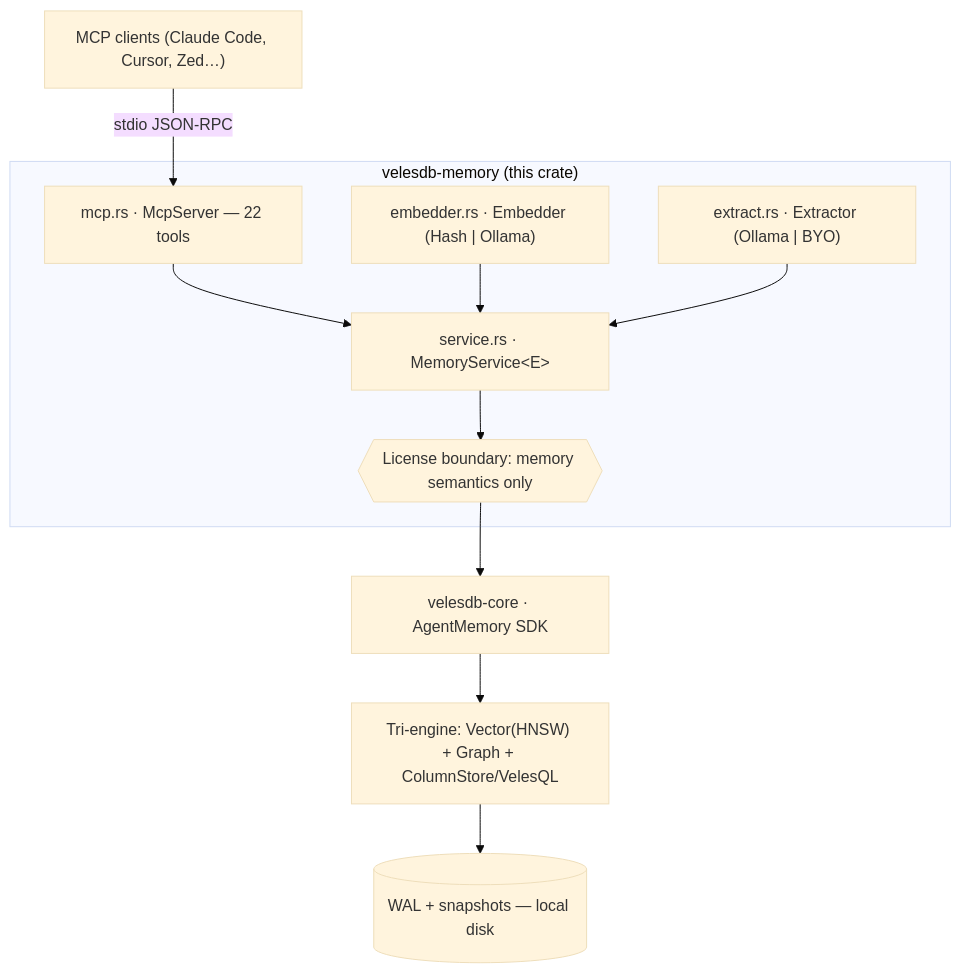
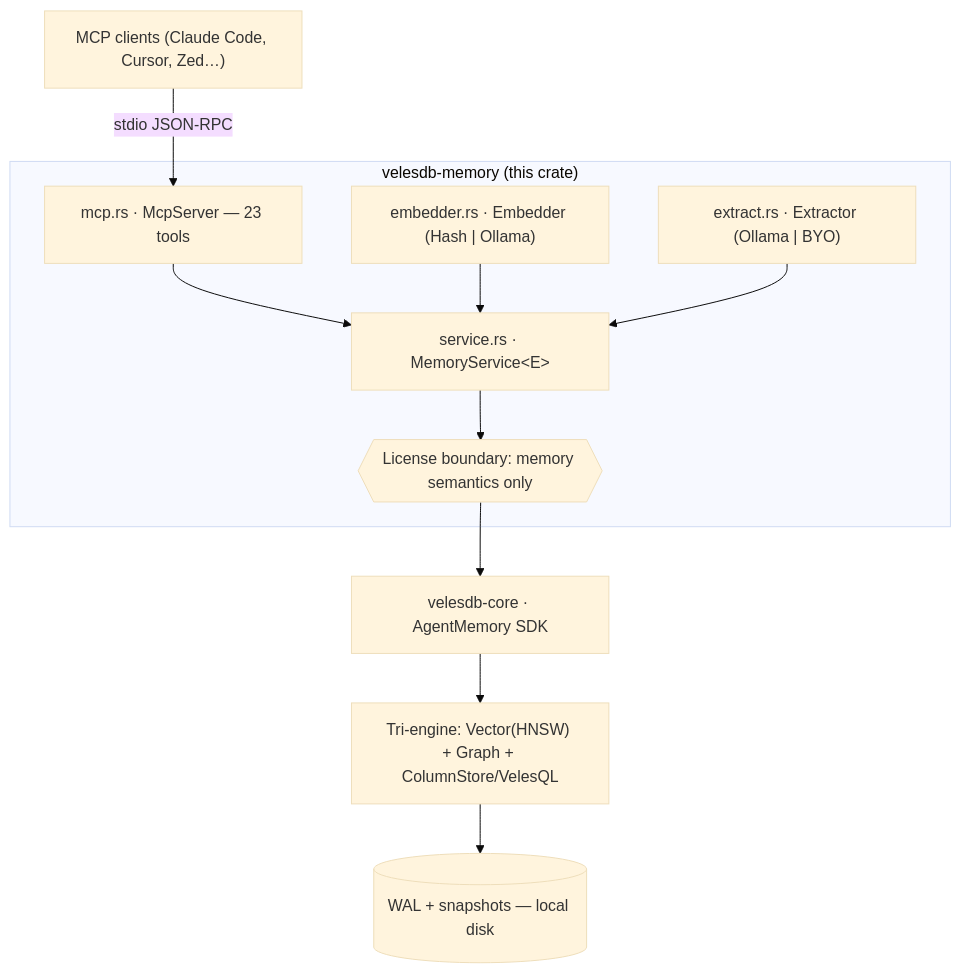
The diagram in crates/velesdb-memory/ARCHITECTURE.md (cyberlife-coder/VelesDB), drawn with Mermaid (base theme) before and after one commit. The commit also changed other lines of this file and 24 other files, not shown here.

````diff
--- a/crates/velesdb-memory/ARCHITECTURE.md
+++ b/crates/velesdb-memory/ARCHITECTURE.md
@@ -65,13 +65,13 @@
 ```mermaid
 flowchart TD
   C["MCP clients (Claude Code, Cursor, Zed…)"] -- "stdio JSON-RPC" --> M
   subgraph VM["velesdb-memory (this crate)"]
-    M["mcp.rs · McpServer — 22 tools"] --> S["service.rs · MemoryService&lt;E&gt;"]
+    M["mcp.rs · McpServer — 23 tools"] --> S["service.rs · MemoryService&lt;E&gt;"]
     EMB["embedder.rs · Embedder (Hash | Ollama)"] --> S
     EXT["extract.rs · Extractor (Ollama | BYO)"] --> S
     S --> LB{{"License boundary: memory semantics only"}}
   end
   LB --> AM["velesdb-core · AgentMemory SDK"]
   AM --> ENG["Tri-engine: Vector(HNSW) + Graph + ColumnStore/VelesQL"]
   ENG --> DISK[("WAL + snapshots — local disk")]
 ```
````
